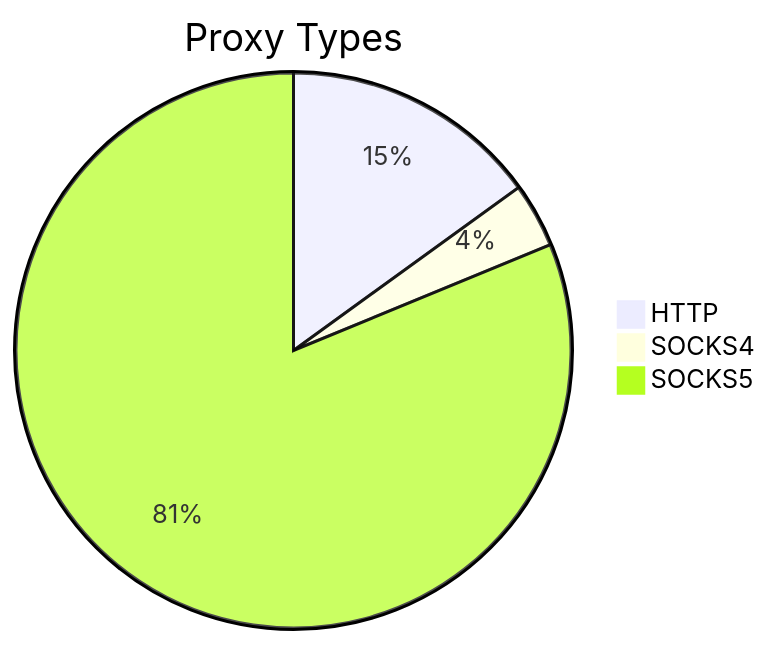
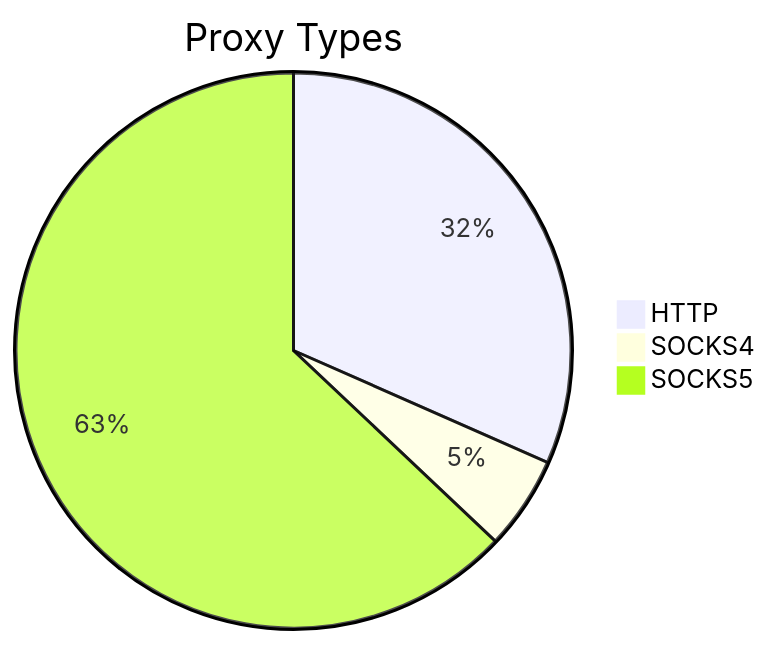
The first of 2 diagrams in README.md (stormsia/proxy-list), drawn with Mermaid before and after one commit. The commit also changed other lines of this file, not shown here.

````diff
--- a/README.md
+++ b/README.md
@@ -21,6 +21,6 @@
 ```mermaid
 pie title Proxy Types
-    "HTTP" : 64
-    "SOCKS4" : 16
-    "SOCKS5" : 346
+    "HTTP" : 122
+    "SOCKS4" : 21
+    "SOCKS5" : 243
 ```
````
